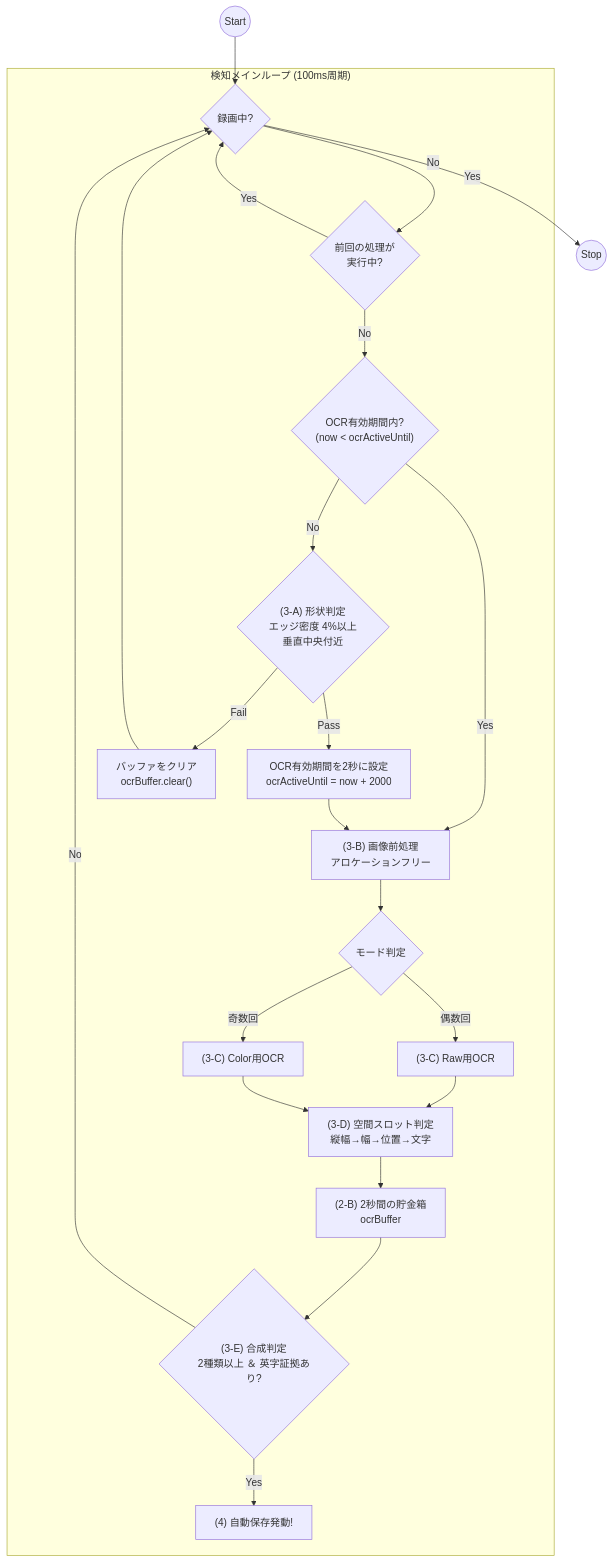
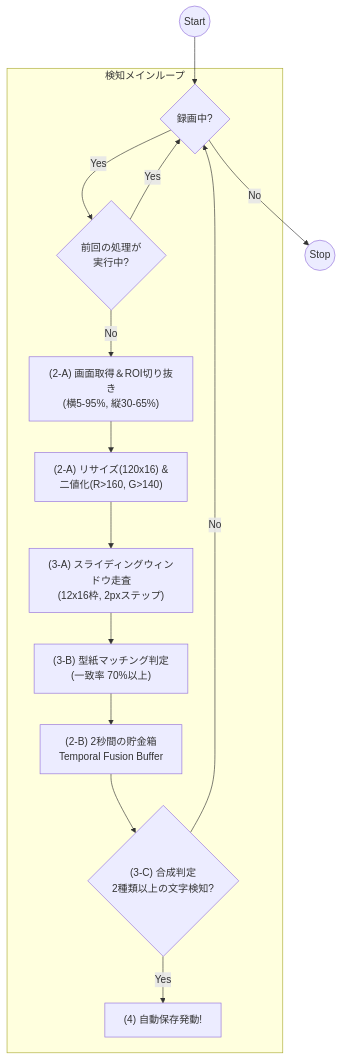
One commit to yuko083082-lab/GlipVerUp changed the diagram in WIPEOUT_DETECTION_SPEC.md. Above: the diagram before and after it, drawn with Mermaid. The commit also changed other lines of this file and 2 other files, not shown here.

````diff
--- a/WIPEOUT_DETECTION_SPEC.md
+++ b/WIPEOUT_DETECTION_SPEC.md
@@ -13,33 +13,22 @@
 ```mermaid
 graph TD
     Start((Start)) --> Loop{"録画中?"}
     
-    subgraph DetectionLoop ["検知メインループ (100ms周期)"]
+    subgraph DetectionLoop ["検知メインループ"]
     Loop -- Yes --> SkipCheck{"前回の処理が<br/>実行中?"}
     SkipCheck -- Yes --> Loop
-    SkipCheck -- No --> ActiveCheck{"OCR有効期間内?<br/>(now < ocrActiveUntil)"}
+    SkipCheck -- No --> Capture["(2-A) 画面取得＆ROI切り抜き<br/>(横5-95%, 縦30-65%)"]
     
-    ActiveCheck -- Yes --> Preprocess["(3-B) 画像前処理<br/>アロケーションフリー"]
-    ActiveCheck -- No --> ShapeCheck{"(3-A) 形状判定<br/>エッジ密度 4%以上<br/>垂直中央付近"}
+    Capture --> Preprocess["(2-A) リサイズ(120x16) &<br/>二値化(R>160, G>140)"]
+    Preprocess --> Slide["(3-A) スライディングウィンドウ走査<br/>(12x16枠, 2pxステップ)"]
     
-    ShapeCheck -- Pass --> SetActive["OCR有効期間を2秒に設定<br/>ocrActiveUntil = now + 2000"]
-    SetActive --> Preprocess
-    ShapeCheck -- Fail --> CleanBuf["バッファをクリア<br/>ocrBuffer.clear()"]
-    CleanBuf --> Loop
-    
-    Preprocess --> ModeSwitch{"モード判定"}
-    ModeSwitch -- "偶数回" --> RawEngine["(3-C) Raw用OCR"]
-    ModeSwitch -- "奇数回" --> ColorEngine["(3-C) Color用OCR"]
-    
-    RawEngine --> SlotCheck["(3-D) 空間スロット判定<br/>縦幅→幅→位置→文字"]
-    ColorEngine --> SlotCheck
-    
-    SlotCheck --> Buffer["(2-B) 2秒間の貯金箱<br/>ocrBuffer"]
-    Buffer --> SpatioTemporal{"(3-E) 合成判定<br/>2種類以上 ＆ 英字証拠あり?"}
+    Slide --> CharMatch["(3-B) 型紙マッチング判定<br/>(一致率 70%以上)"]
+    CharMatch --> Buffer["(2-B) 2秒間の貯金箱<br/>Temporal Fusion Buffer"]
+    Buffer --> SpatioTemporal{"(3-C) 合成判定<br/>2種類以上の文字検知?"}
     
     SpatioTemporal -- Yes --> AutoSave["(4) 自動保存発動!"]
     SpatioTemporal -- No --> Loop
     end
     
     Loop -- No --> End((Stop))
 ```
````
